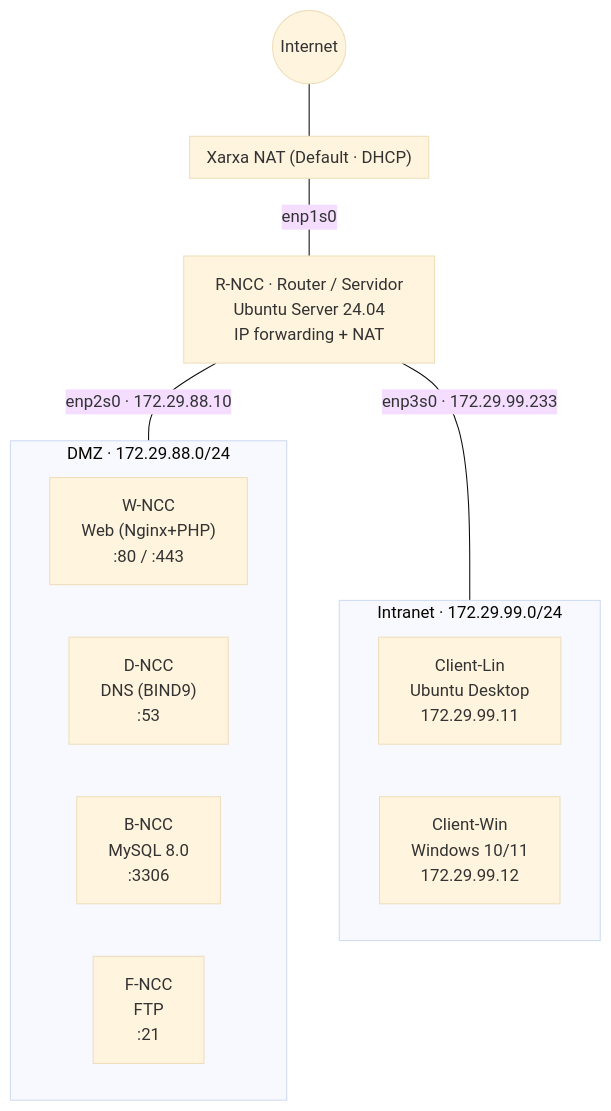
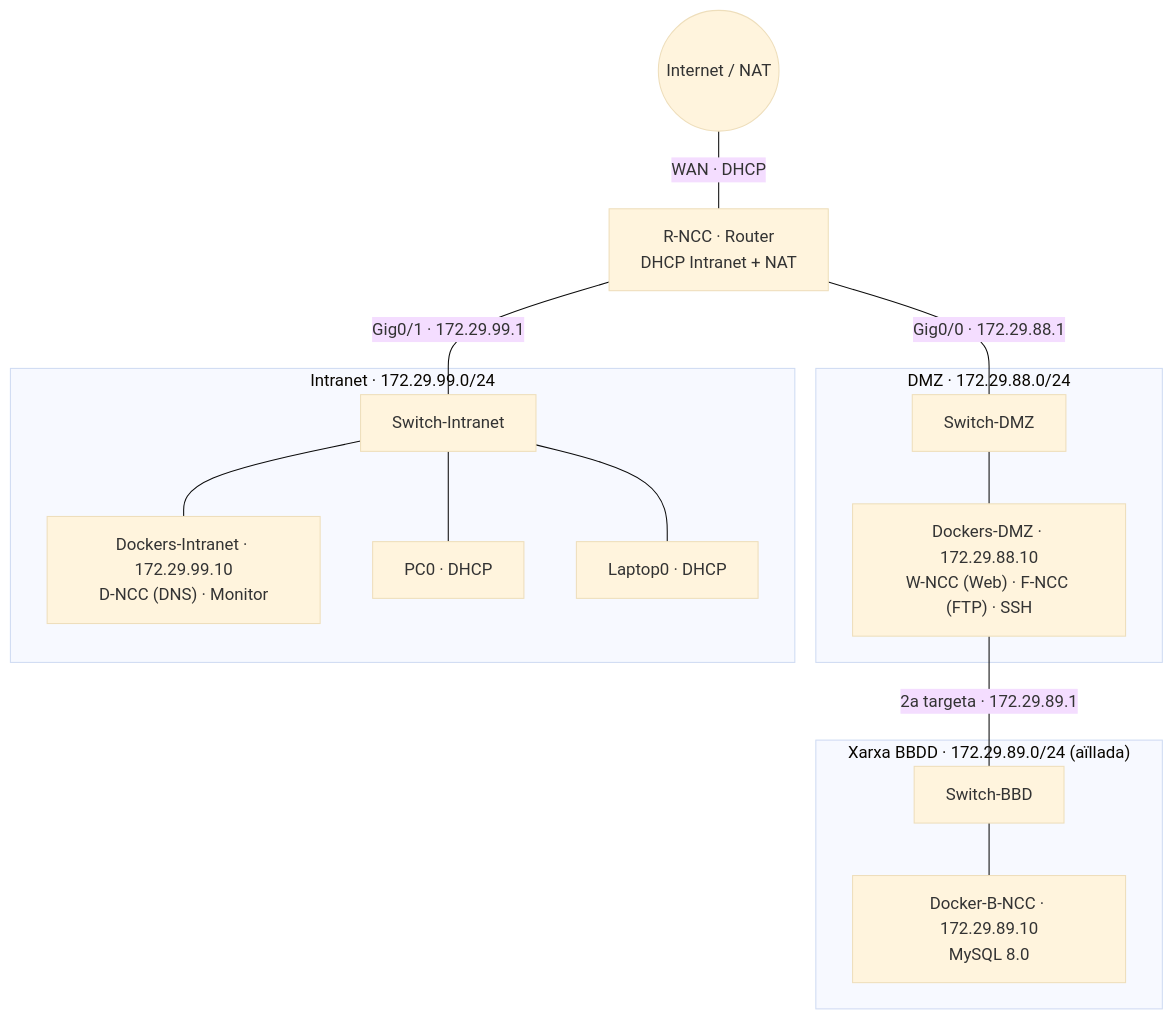
One commit to ITB2526-DidacVazquez/P0.0-ASIXc2B-G07- changed the diagram in docs/02-admin/arquitectura.md. Above: the diagram before and after it, drawn with Mermaid (base theme). The commit also changed other lines of this file and 9 other files, not shown here.

````diff
--- a/docs/02-admin/arquitectura.md
+++ b/docs/02-admin/arquitectura.md
@@ -28,29 +27,33 @@
 ```mermaid
 flowchart TB
-    INET((Internet))
-    INET --- NAT
+    INET((Internet / NAT))
+    INET ---|WAN · DHCP| R
 
-    subgraph NAT["Xarxa NAT (Default · DHCP)"]
+    R["R-NCC · Router<br/>DHCP Intranet + NAT"]
+
+    subgraph DMZ["DMZ · 172.29.88.0/24"]
+        SWD[Switch-DMZ]
+        WEB["Dockers-DMZ · 172.29.88.10<br/>W-NCC (Web) · F-NCC (FTP) · SSH"]
+        SWD --- WEB
     end
 
-    NAT ---|enp1s0| R
-
-    R["R-NCC · Router / Servidor<br/>Ubuntu Server 24.04<br/>IP forwarding + NAT"]
-
-    subgraph DMZ["DMZ · 172.29.88.0/24"]
-        direction LR
-        W["W-NCC<br/>Web (Nginx+PHP)<br/>:80 / :443"]
-        D["D-NCC<br/>DNS (BIND9)<br/>:53"]
-        B["B-NCC<br/>MySQL 8.0<br/>:3306"]
-        F["F-NCC<br/>FTP<br/>:21"]
+    subgraph BBD["Xarxa BBDD · 172.29.89.0/24 (aïllada)"]
+        SWB[Switch-BBD]
+        DB["Docker-B-NCC · 172.29.89.10<br/>MySQL 8.0"]
+        SWB --- DB
     end
 
     subgraph LAN["Intranet · 172.29.99.0/24"]
-        direction LR
-        CL["Client-Lin<br/>Ubuntu Desktop<br/>172.29.99.11"]
-        CW["Client-Win<br/>Windows 10/11<br/>172.29.99.12"]
+        SWI[Switch-Intranet]
+        INT["Dockers-Intranet · 172.29.99.10<br/>D-NCC (DNS) · Monitor"]
+        PC["PC0 · DHCP"]
+        LAP["Laptop0 · DHCP"]
+        SWI --- INT
+        SWI --- PC
+        SWI --- LAP
     end
 
-    R ---|"enp2s0 · 172.29.88.10"| DMZ
-    R ---|"enp3s0 · 172.29.99.233"| LAN
+    R ---|"Gig0/0 · 172.29.88.1"| SWD
+    R ---|"Gig0/1 · 172.29.99.1"| SWI
+    WEB ---|"2a targeta · 172.29.89.1"| SWB
 ```
````
